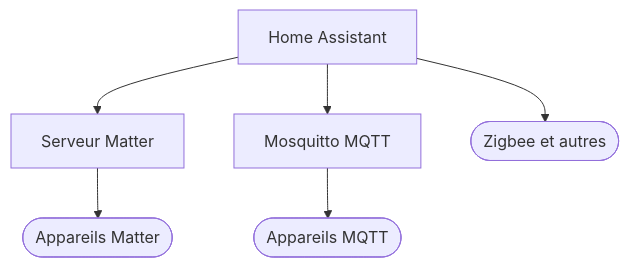
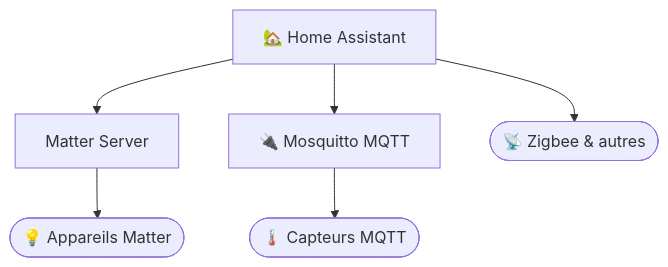
Before and after one commit to Wifsimster/docker-setup: the third of 6 diagrams in README.md, drawn with Mermaid. The commit also changed other lines of this file, not shown here.

````diff
--- a/README.md
+++ b/README.md
@@ -110,8 +73,8 @@
 ```mermaid
 graph TB
-    HA[Home Assistant] --> Matter[Serveur Matter]
-    HA --> MQTT[Mosquitto MQTT]
-    Matter --> D1([Appareils Matter])
-    MQTT --> D2([Appareils MQTT])
-    HA --> D3([Zigbee et autres])
+    HA[🏡 Home Assistant] --> Matter[Matter Server]
+    HA --> MQTT[🔌 Mosquitto MQTT]
+    Matter --> D1([💡 Appareils Matter])
+    MQTT --> D2([🌡️ Capteurs MQTT])
+    HA --> D3([📡 Zigbee & autres])
 ```
````
